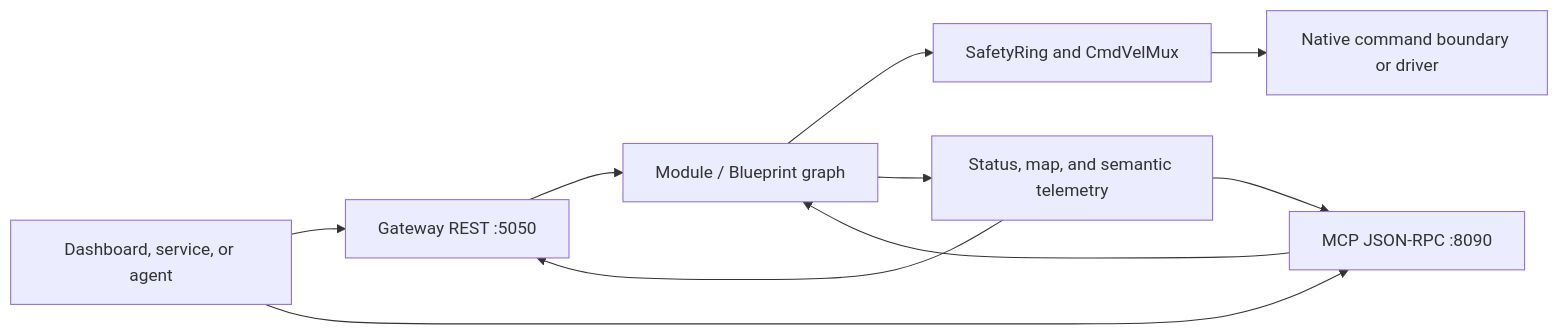
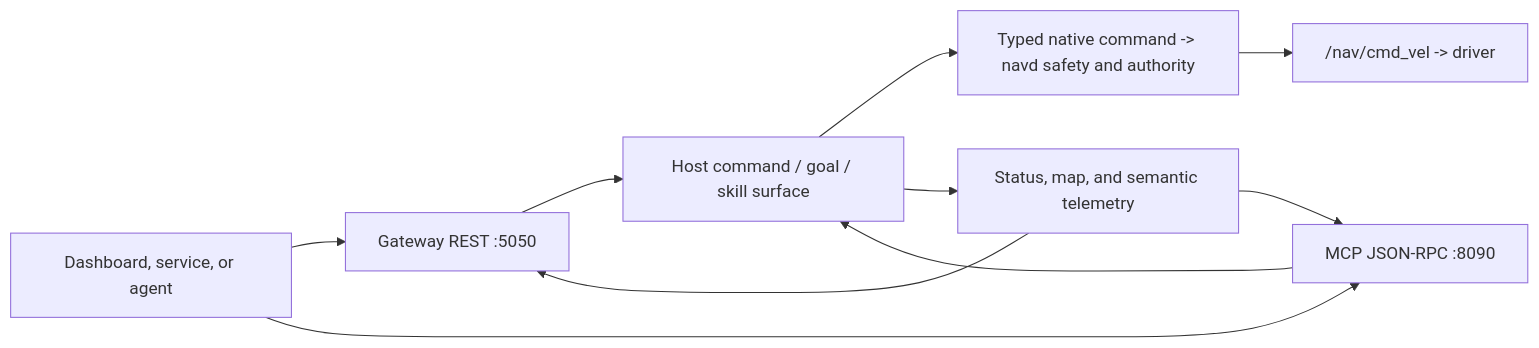
One commit to Kitjesen/MapPilot changed the diagram in docs/09-integrations/README.md. Above: the diagram before and after it, drawn with Mermaid. The commit also changed other lines of this file and 137 other files, not shown here.

Commit message:
docs: align repository and navigation architecture

````diff
--- a/docs/09-integrations/README.md
+++ b/docs/09-integrations/README.md
@@ -18,12 +18,12 @@
 ```mermaid
 flowchart LR
     C["Dashboard, service, or agent"] --> G["Gateway REST :5050"]
     C --> M["MCP JSON-RPC :8090"]
-    G --> B["Module / Blueprint graph"]
+    G --> B["Host command / goal / skill surface"]
     M --> B
-    B --> S["SafetyRing and CmdVelMux"]
-    S --> N["Native command boundary or driver"]
+    B --> N["Typed native command -> navd safety and authority"]
+    N --> D["/nav/cmd_vel -> driver"]
     B --> T["Status, map, and semantic telemetry"]
     T --> G
     T --> M
 ```
````
